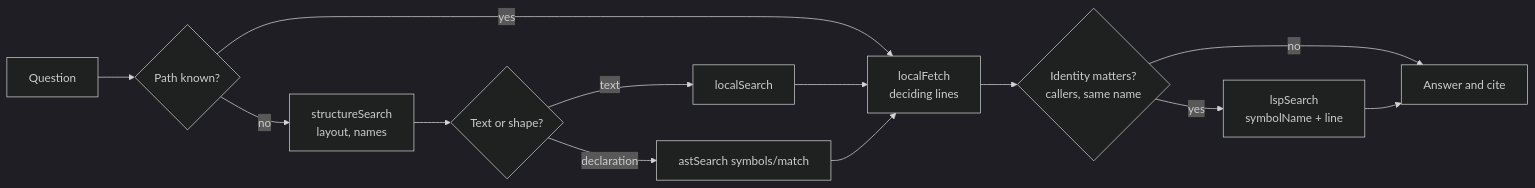
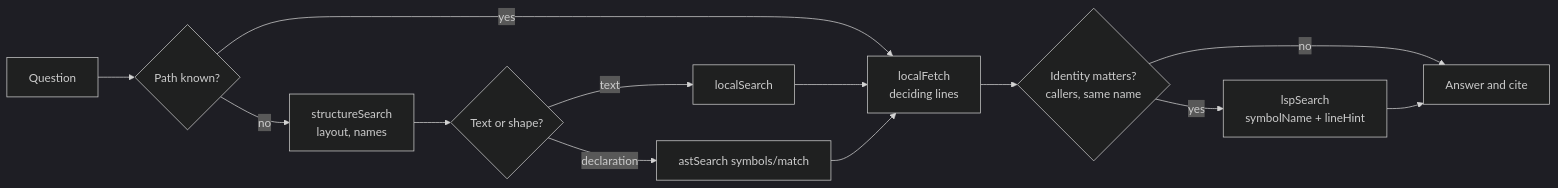
Before and after one commit to bgauryy/octocode-mcp: the second of 9 diagrams in docs/OCTOCODE_WORKFLOWS.md, drawn with Mermaid (dark theme). The commit also changed other lines of this file and 351 other files, not shown here.

````diff
--- a/docs/OCTOCODE_WORKFLOWS.md
+++ b/docs/OCTOCODE_WORKFLOWS.md
@@ -99,15 +96,15 @@
 ```mermaid
 flowchart LR
   Q[Question] --> K{Path known?}
   K -- no --> S[structureSearch<br/>layout, names]
   S --> T{Text or shape?}
   K -- yes --> F
   T -- text --> L[localSearch]
   T -- declaration --> A[astSearch symbols/match]
   L --> F[localFetch<br/>deciding lines]
   A --> F
   F --> I{Identity matters?<br/>callers, same name}
-  I -- yes --> P[lspSearch<br/>symbolName + line]
+  I -- yes --> P[lspSearch<br/>symbolName + lineHint]
   I -- no --> D[Answer and cite]
   P --> D
 ```
````
